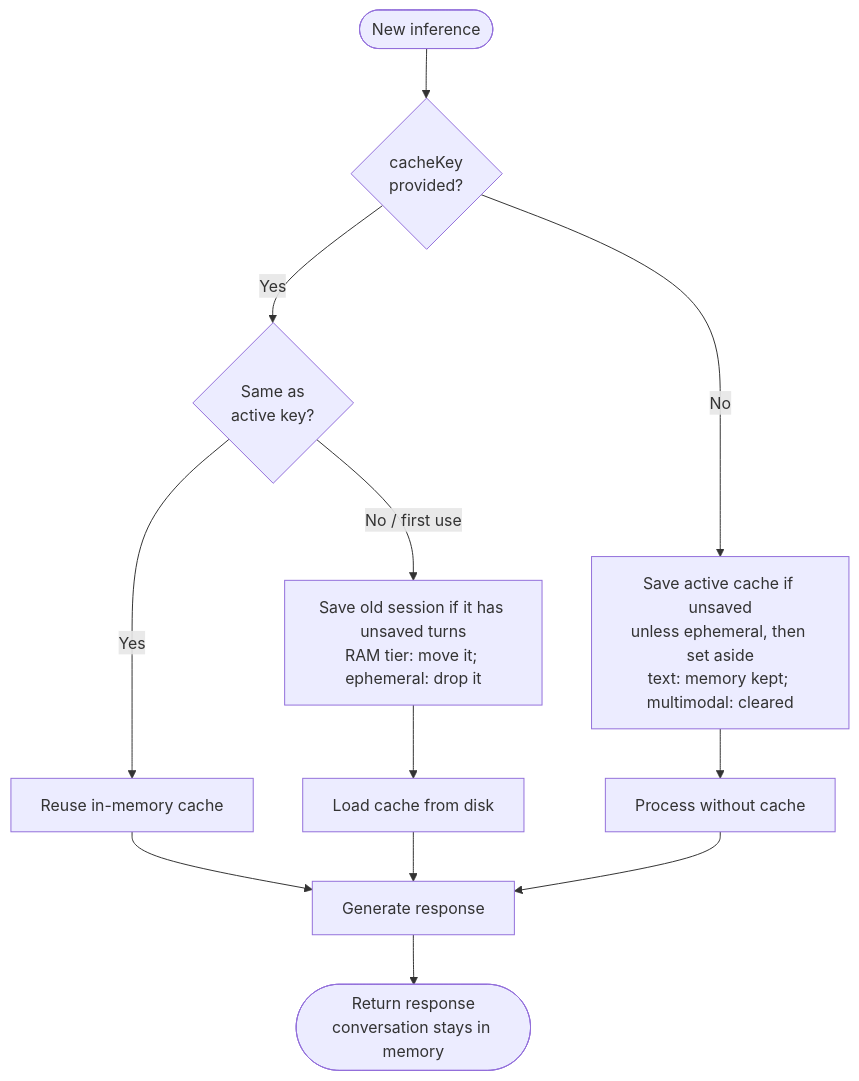
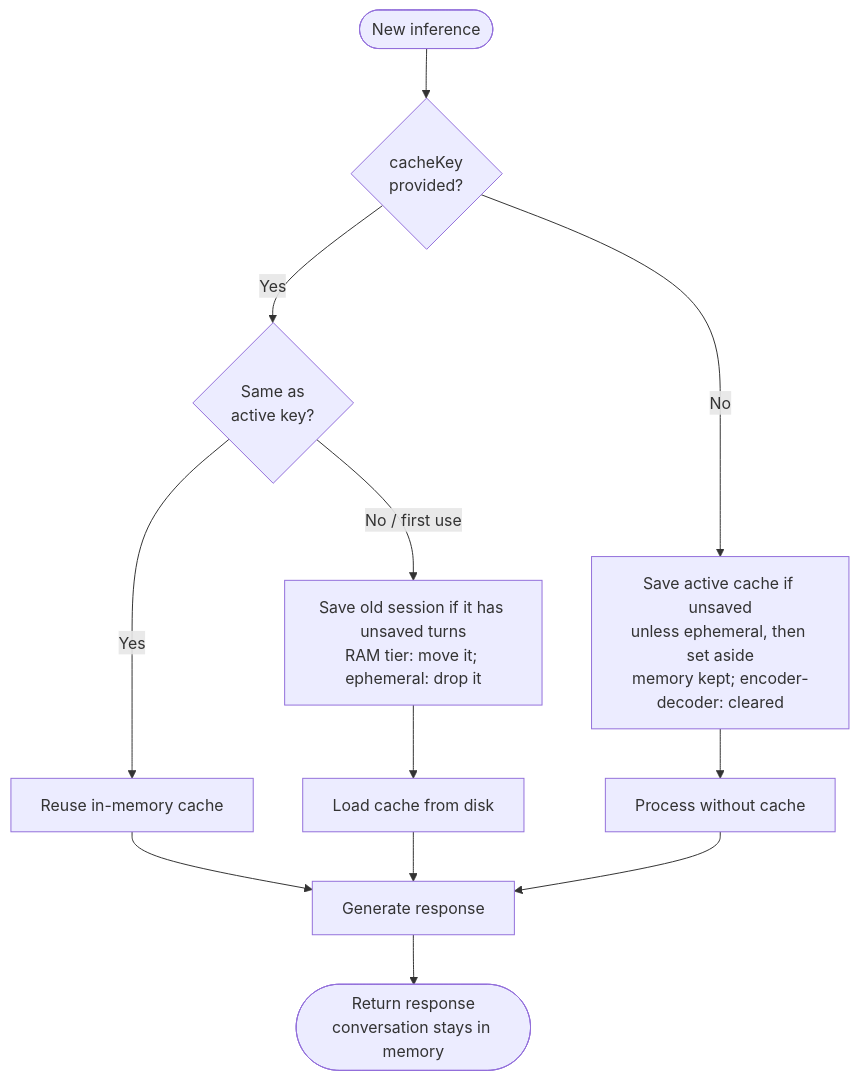
Before and after one commit to tetherto/qvac: the sixth of 6 diagrams in packages/llm-llamacpp/docs/data-flows-detailed.md, drawn with Mermaid. The commit also changed 3 other files, not shown here.

Commit message:
docs[llm-llamacpp]: name encoder-decoder, not multimodal, as the reset exception

````diff
--- a/packages/llm-llamacpp/docs/data-flows-detailed.md
+++ b/packages/llm-llamacpp/docs/data-flows-detailed.md
@@ -456,14 +456,14 @@
 ```mermaid
 flowchart TD
     Start([New inference]) --> CheckKey{cacheKey<br/>provided?}
-    CheckKey -->|No| ClearRAM[Save active cache if unsaved<br/>unless ephemeral, then set aside<br/>text: memory kept; multimodal: cleared]
+    CheckKey -->|No| ClearRAM[Save active cache if unsaved<br/>unless ephemeral, then set aside<br/>memory kept; encoder-decoder: cleared]
     ClearRAM --> NormalInference[Process without cache]
     CheckKey -->|Yes| SameKey{Same as<br/>active key?}
     SameKey -->|Yes| Reuse[Reuse in-memory cache]
     SameKey -->|No / first use| SaveOld[Save old session if it has unsaved turns<br/>RAM tier: move it; ephemeral: drop it]
     SaveOld --> LoadNew[Load cache from disk]
     Reuse --> Generate[Generate response]
     LoadNew --> Generate
     NormalInference --> Generate
     Generate --> End([Return response<br/>conversation stays in memory])
 ```
````
